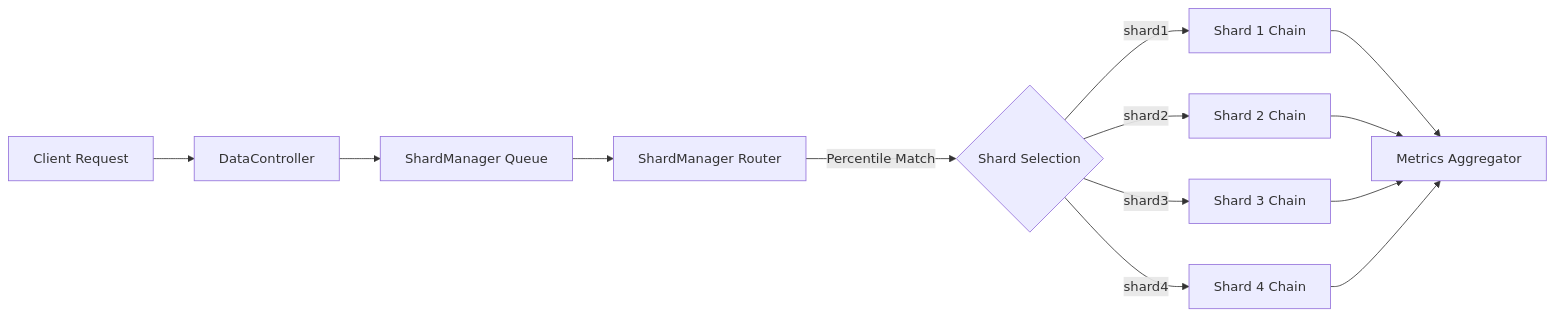
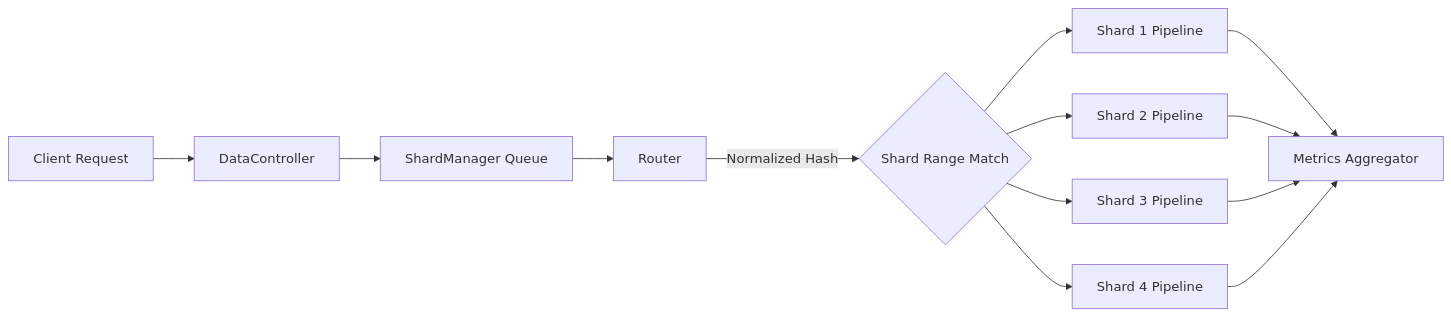
Before and after one commit to VishuKalier2003/System-Design-Components: the first of 3 diagrams in ChainOfResponsibility/S-03ShardedRoutingFabric/readme.md, drawn with Mermaid. The commit also changed other lines of this file, not shown here.

````diff
--- a/ChainOfResponsibility/S-03ShardedRoutingFabric/readme.md
+++ b/ChainOfResponsibility/S-03ShardedRoutingFabric/readme.md
@@ -109,17 +96,16 @@
 ```mermaid
 flowchart LR
     A[Client Request] --> B[DataController]
     B --> C[ShardManager Queue]
-    C --> D[ShardManager Router]
-    D -->|Percentile Match| E{Shard Selection}
-
-    E -->|shard1| S1[Shard 1 Chain]
-    E -->|shard2| S2[Shard 2 Chain]
-    E -->|shard3| S3[Shard 3 Chain]
-    E -->|shard4| S4[Shard 4 Chain]
+    C --> D[Router]
+    D -->|Normalized Hash| E{Shard Range Match}
+    E --> S1[Shard 1 Pipeline]
+    E --> S2[Shard 2 Pipeline]
+    E --> S3[Shard 3 Pipeline]
+    E --> S4[Shard 4 Pipeline]
 
     S1 --> M[Metrics Aggregator]
     S2 --> M
     S3 --> M
     S4 --> M
 ```
````
